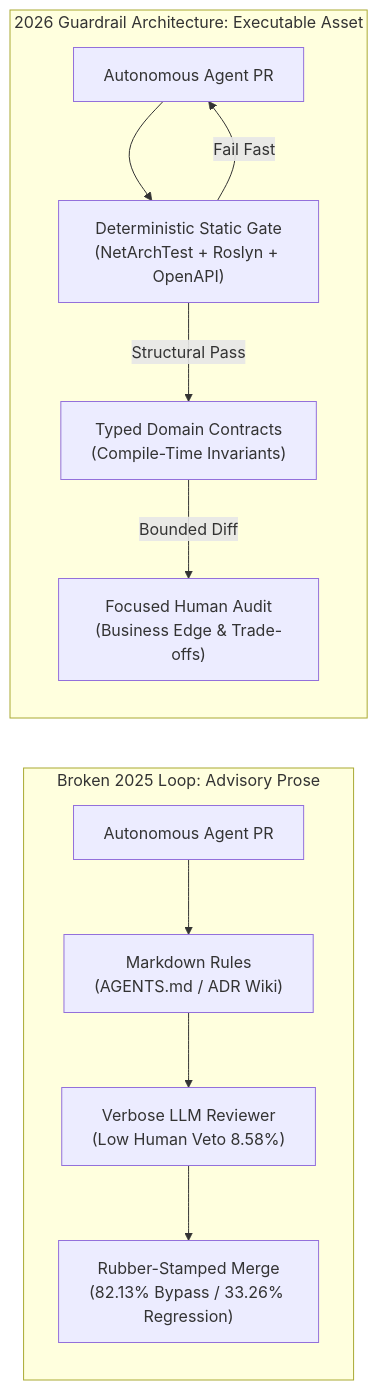
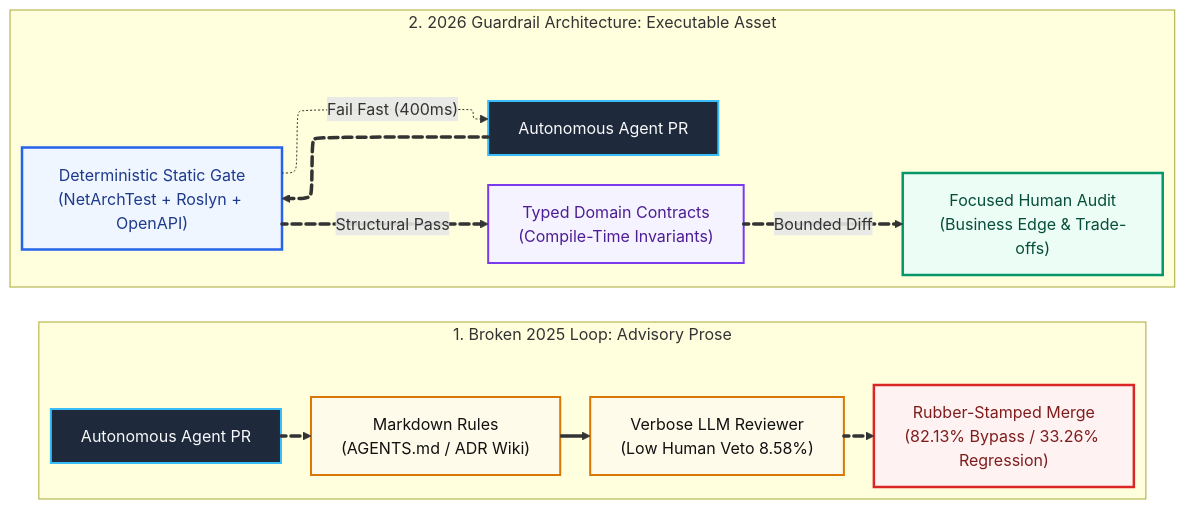
One commit to kumarshaz/kumarshaz.github.io changed the first of 2 diagrams in src/content/blog/from-adrs-to-executable-constraints.md. Above: the diagram before and after it, drawn with Mermaid. The commit also changed other lines of this file and 22 other files, not shown here.

Commit message:
feat(blog): review 6 new posts, add hero banners, and upgrade Mermaid v12 with ELK & Tidy-Tree

````diff
--- a/src/content/blog/from-adrs-to-executable-constraints.md
+++ b/src/content/blog/from-adrs-to-executable-constraints.md
@@ -56,15 +51,42 @@
 ```mermaid
+---
+config:
+  layout: elk
+---
 flowchart LR
-    subgraph Broken["Broken 2025 Loop: Advisory Prose"]
-        A1["Autonomous Agent PR"] --> B1["Markdown Rules\n(AGENTS.md / ADR Wiki)"]
-        B1 --> C1["Verbose LLM Reviewer\n(Low Human Veto 8.58%)"]
-        C1 --> D1["Rubber-Stamped Merge\n(82.13% Bypass / 33.26% Regression)"]
+    subgraph Broken["1. Broken 2025 Loop: Advisory Prose"]
+        A1["Autonomous Agent PR"]:::intakeNode
+        B1["Markdown Rules\n(AGENTS.md / ADR Wiki)"]:::warnNode
+        C1["Verbose LLM Reviewer\n(Low Human Veto 8.58%)"]:::warnNode
+        D1["Rubber-Stamped Merge\n(82.13% Bypass / 33.26% Regression)"]:::dangerNode
     end
 
-    subgraph Guardrail["2026 Guardrail Architecture: Executable Asset"]
-        A2["Autonomous Agent PR"] --> B2["Deterministic Static Gate\n(NetArchTest + Roslyn + OpenAPI)"]
-        B2 -->|Fail Fast| A2
-        B2 -->|Structural Pass| C2["Typed Domain Contracts\n(Compile-Time Invariants)"]
-        C2 -->|Bounded Diff| D2["Focused Human Audit\n(Business Edge & Trade-offs)"]
+    subgraph Guardrail["2. 2026 Guardrail Architecture: Executable Asset"]
+        A2["Autonomous Agent PR"]:::intakeNode
+        B2["Deterministic Static Gate\n(NetArchTest + Roslyn + OpenAPI)"]:::gateNode
+        C2["Typed Domain Contracts\n(Compile-Time Invariants)"]:::codeNode
+        D2["Focused Human Audit\n(Business Edge & Trade-offs)"]:::safeNode
     end
+
+    A1 e1@==> B1
+    B1 e2@==> C1
+    C1 e3@==> D1
+
+    A2 e4@==> B2
+    B2 e5@-.->|"Fail Fast (400ms)"| A2
+    B2 e6@==>|"Structural Pass"| C2
+    C2 e7@==>|"Bounded Diff"| D2
+
+    e1@{ animate: true }
+    e3@{ animate: true }
+    e4@{ animate: true }
+    e6@{ animate: true }
+    e7@{ animate: true }
+
+    classDef intakeNode fill:#1E293B,stroke:#38BDF8,stroke-width:2px,color:#F8FAFC
+    classDef warnNode fill:#FFFBEB,stroke:#D97706,stroke-width:2px,color:#111111
+    classDef dangerNode fill:#FEF2F2,stroke:#DC2626,stroke-width:2.5px,color:#7F1D1D
+    classDef gateNode fill:#EFF6FF,stroke:#2563EB,stroke-width:2.5px,color:#1E3A8A
+    classDef codeNode fill:#F5F3FF,stroke:#7C3AED,stroke-width:2px,color:#4C1D95
+    classDef safeNode fill:#ECFDF5,stroke:#059669,stroke-width:2.5px,color:#064E3B
 ```
````
